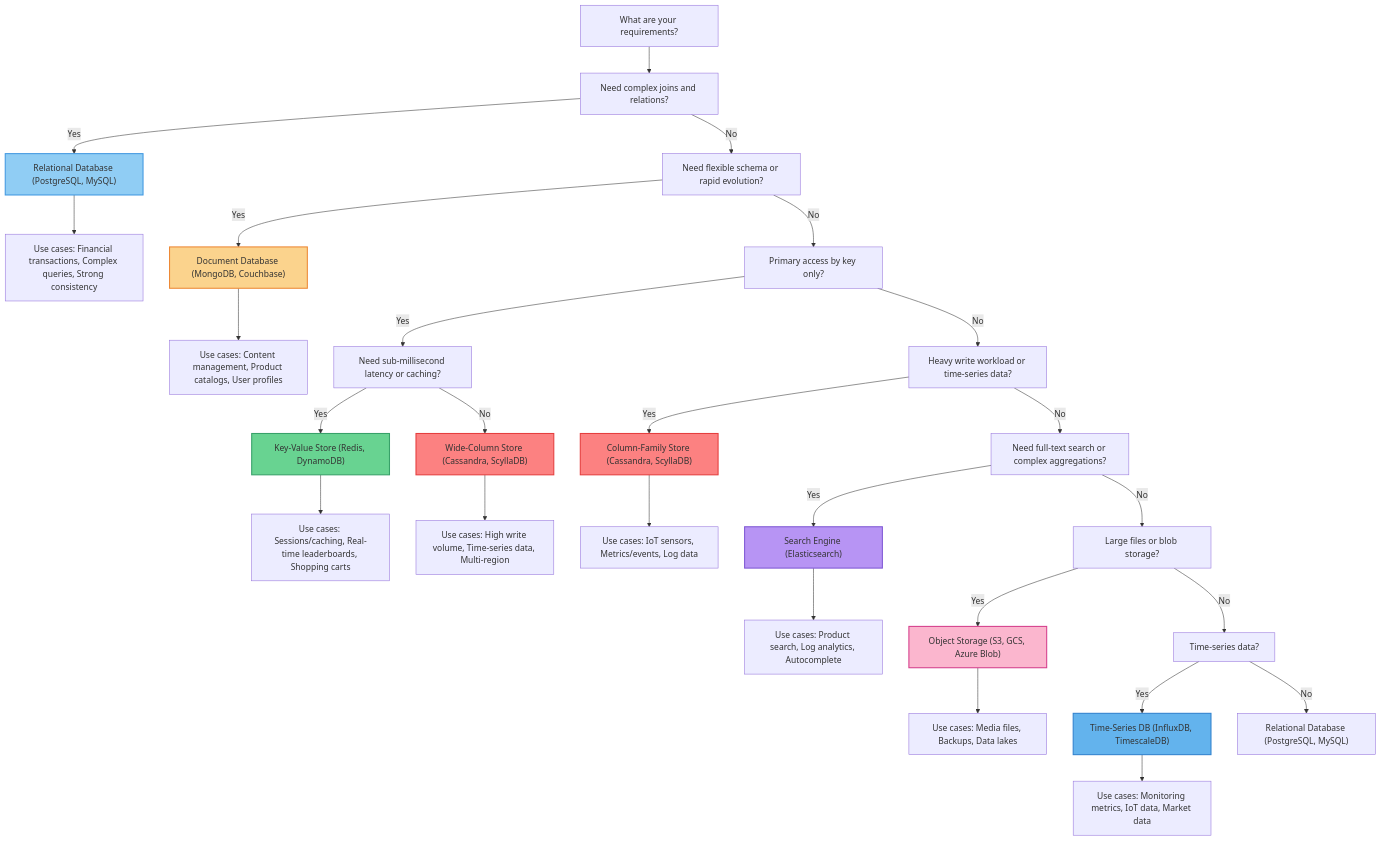
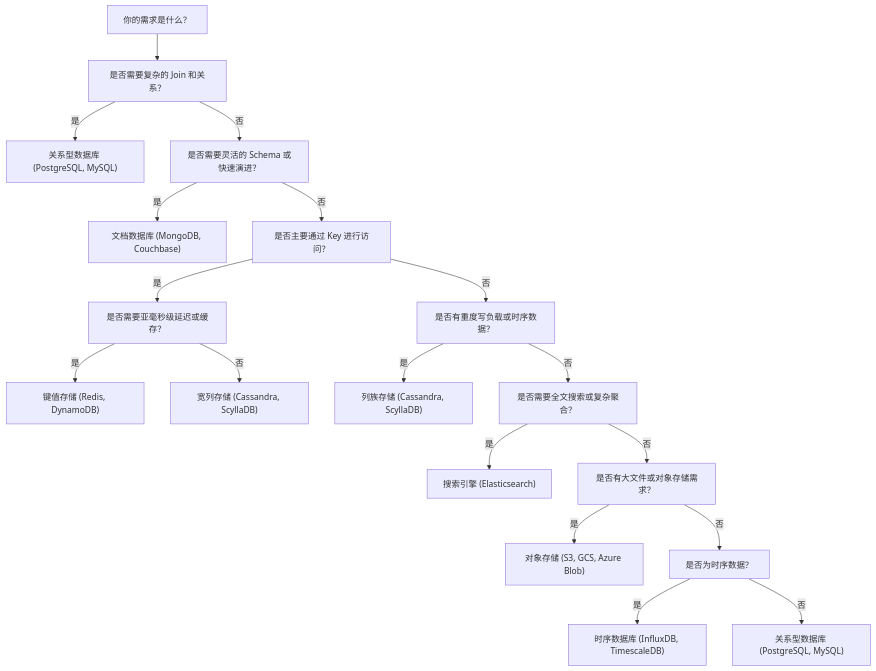
One commit to YiWang24/AiDIY changed the diagram in i18n/zh-Hans/docusaurus-plugin-content-docs/current/cs/system-design/storage-layer.mdx. Above: the diagram before and after it, drawn with Mermaid. The commit also changed other lines of this file and 59 other files, not shown here.

````diff
--- a/i18n/zh-Hans/docusaurus-plugin-content-docs/current/cs/system-design/storage-layer.mdx
+++ b/i18n/zh-Hans/docusaurus-plugin-content-docs/current/cs/system-design/storage-layer.mdx
@@ -265,46 +72,28 @@
 ```mermaid
 graph TD
-    Start["What are your requirements?"] --> Q1["Need complex joins and relations?"]
+    Start["你的需求是什么？"] --> Q1["是否需要复杂的 Join 和关系？"]
 
-    Q1 -->|Yes| Relational["Relational Database (PostgreSQL, MySQL)"]
-    Q1 -->|No| Q2["Need flexible schema or rapid evolution?"]
+    Q1 -->|是| Relational["关系型数据库 (PostgreSQL, MySQL)"]
+    Q1 -->|否| Q2["是否需要灵活的 Schema 或快速演进？"]
 
-    Q2 -->|Yes| Document["Document Database (MongoDB, Couchbase)"]
-    Q2 -->|No| Q3["Primary access by key only?"]
+    Q2 -->|是| Document["文档数据库 (MongoDB, Couchbase)"]
+    Q2 -->|否| Q3["是否主要通过 Key 进行访问？"]
 
-    Q3 -->|Yes| Q4["Need sub-millisecond latency or caching?"]
-    Q3 -->|No| Q5["Heavy write workload or time-series data?"]
+    Q3 -->|是| Q4["是否需要亚毫秒级延迟或缓存？"]
+    Q3 -->|否| Q5["是否有重度写负载或时序数据？"]
 
-    Q4 -->|Yes| KV["Key-Value Store (Redis, DynamoDB)"]
-    Q4 -->|No| WideColumn["Wide-Column Store (Cassandra, ScyllaDB)"]
+    Q4 -->|是| KV["键值存储 (Redis, DynamoDB)"]
+    Q4 -->|否| WideColumn["宽列存储 (Cassandra, ScyllaDB)"]
 
-    Q5 -->|Yes| Column["Column-Family Store (Cassandra, ScyllaDB)"]
-    Q5 -->|No| Q6["Need full-text search or complex aggregations?"]
+    Q5 -->|是| Column["列族存储 (Cassandra, ScyllaDB)"]
+    Q5 -->|否| Q6["是否需要全文搜索或复杂聚合？"]
 
-    Q6 -->|Yes| Search["Search Engine (Elasticsearch)"]
-    Q6 -->|No| Q7["Large files or blob storage?"]
+    Q6 -->|是| Search["搜索引擎 (Elasticsearch)"]
+    Q6 -->|否| Q7["是否有大文件或对象存储需求？"]
 
-    Q7 -->|Yes| Object["Object Storage (S3, GCS, Azure Blob)"]
-    Q7 -->|No| Q8["Time-series data?"]
+    Q7 -->|是| Object["对象存储 (S3, GCS, Azure Blob)"]
+    Q7 -->|否| Q8["是否为时序数据？"]
 
-    Q8 -->|Yes| TS["Time-Series DB (InfluxDB, TimescaleDB)"]
-    Q8 -->|No| Default["Relational Database (PostgreSQL, MySQL)"]
-
-    Relational --> R1["Use cases: Financial transactions, Complex queries, Strong consistency"]
-    Document --> D1["Use cases: Content management, Product catalogs, User profiles"]
-    KV --> K1["Use cases: Sessions/caching, Real-time leaderboards, Shopping carts"]
-    WideColumn --> WC1["Use cases: High write volume, Time-series data, Multi-region"]
-    Column --> C1["Use cases: IoT sensors, Metrics/events, Log data"]
-    Search --> S1["Use cases: Product search, Log analytics, Autocomplete"]
-    Object --> O1["Use cases: Media files, Backups, Data lakes"]
-    TS --> T1["Use cases: Monitoring metrics, IoT data, Market data"]
-
-    style Relational fill:#90cdf4,stroke:#4299e1,stroke-width:2px
-    style Document fill:#fbd38d,stroke:#ed8936,stroke-width:2px
-    style KV fill:#68d391,stroke:#38a169,stroke-width:2px
-    style WideColumn fill:#fc8181,stroke:#e53e3e,stroke-width:2px
-    style Column fill:#fc8181,stroke:#e53e3e,stroke-width:2px
-    style Search fill:#b794f4,stroke:#805ad5,stroke-width:2px
-    style Object fill:#fbb6ce,stroke:#d53f8c,stroke-width:2px
-    style TS fill:#63b3ed,stroke:#3182ce,stroke-width:2px
+    Q8 -->|是| TS["时序数据库 (InfluxDB, TimescaleDB)"]
+    Q8 -->|否| Default["关系型数据库 (PostgreSQL, MySQL)"]
 ```
````
